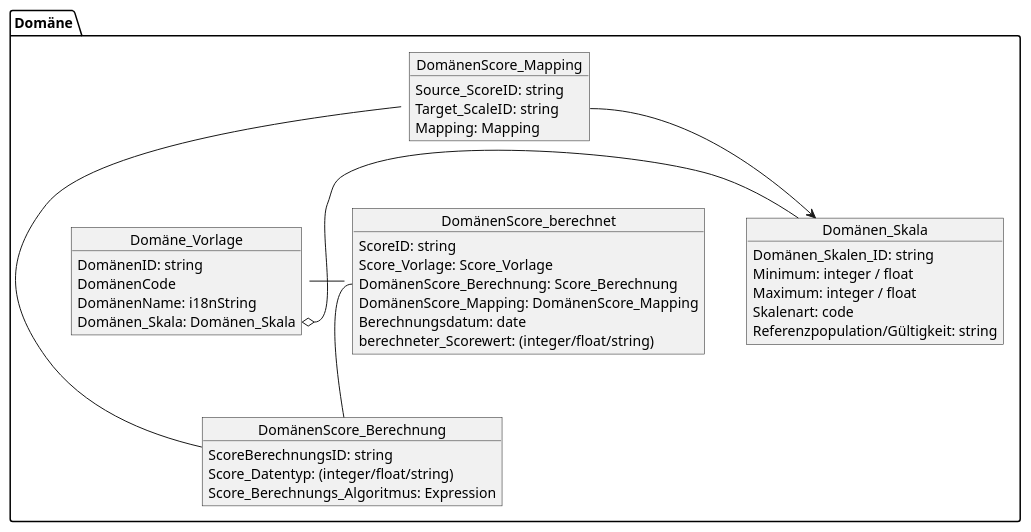
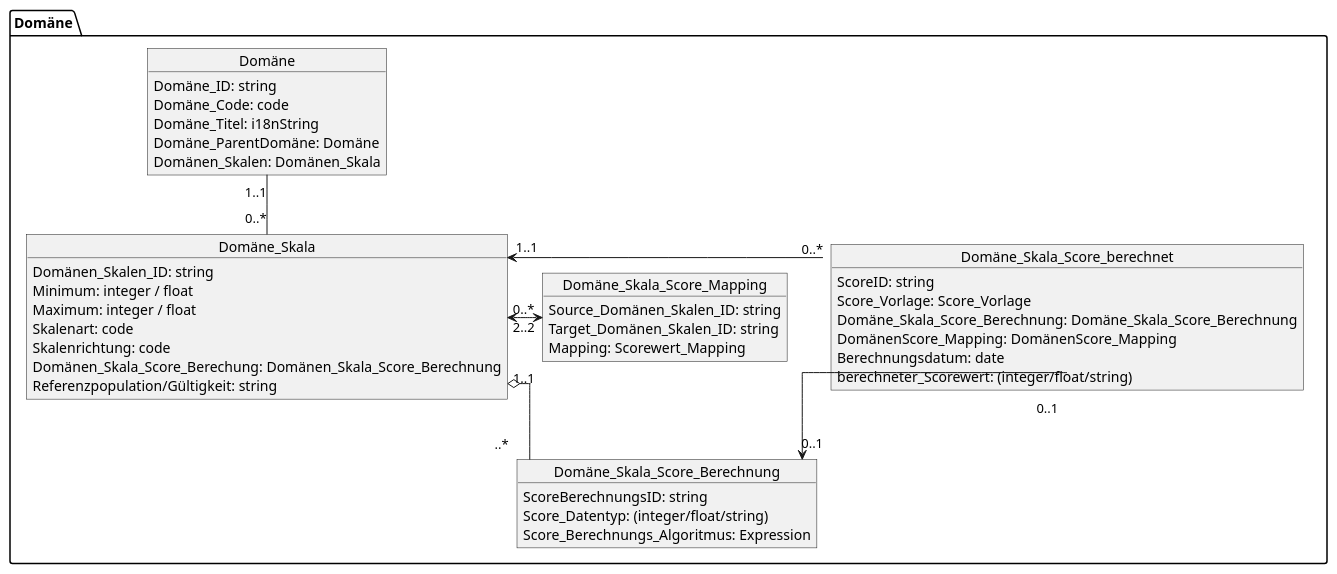
The diagram in input/Images/Logical_Model_UML_Domain.pu (medizininformatik-initiative/kerndatensatzmodul-proms), drawn with PlantUML before and after one commit. The commit also changed 2 other files, not shown here.

```diff
--- a/input/Images/Logical_Model_UML_Domain.pu
+++ b/input/Images/Logical_Model_UML_Domain.pu
@@ -1,46 +1,49 @@
 @startuml MII_PROMs_Domäne
-
+skinparam linetype ortho
+'skinparam linetype polyline
 package Domäne {
-    object Domäne_Vorlage {
-        DomänenID: string
-        DomänenCode
-        DomänenName: i18nString
-        Domänen_Skala: Domänen_Skala
+    object Domäne {
+        Domäne_ID: string
+        Domäne_Code: code
+        Domäne_Titel: i18nString
+        Domäne_ParentDomäne: Domäne
+        Domänen_Skalen: Domänen_Skala
     }
-    object Domänen_Skala {
+    object Domäne_Skala {
         Domänen_Skalen_ID: string
         Minimum: integer / float
         Maximum: integer / float
         Skalenart: code
+        Skalenrichtung: code
+        Domänen_Skala_Score_Berechung: Domänen_Skala_Score_Berechnung
         Referenzpopulation/Gültigkeit: string
     }
-    object DomänenScore_berechnet {
+
+    object Domäne_Skala_Score_berechnet {
         ScoreID: string
         Score_Vorlage: Score_Vorlage
-        DomänenScore_Berechnung: Score_Berechnung
+        Domäne_Skala_Score_Berechnung: Domäne_Skala_Score_Berechnung
         DomänenScore_Mapping: DomänenScore_Mapping
         Berechnungsdatum: date
         berechneter_Scorewert: (integer/float/string)
     } 
-    object DomänenScore_Berechnung {
+    object Domäne_Skala_Score_Berechnung {
         ScoreBerechnungsID: string
         Score_Datentyp: (integer/float/string)
         Score_Berechnungs_Algoritmus: Expression
     }
 
-    object DomänenScore_Mapping {
-        Source_ScoreID: string
-        Target_ScaleID: string
-        Mapping: Mapping 
+    object Domäne_Skala_Score_Mapping {
+        Source_Domänen_Skalen_ID: string
+        Target_Domänen_Skalen_ID: string
+        Mapping: Scorewert_Mapping 
     }
-
-    Domäne_Vorlage::Domänen_Skala o-right- Domänen_Skala
-    DomänenScore_Mapping::Target_ScaleID --> Domänen_Skala
-
+Domäne "1..1" -down- "0..*" Domäne_Skala
+Domäne_Skala "1..1" <-right- "0..*" Domäne_Skala_Score_berechnet
+Domäne_Skala "0..*" <-right-> "2..2" Domäne_Skala_Score_Mapping
+Domäne_Skala "1..1" o-right- "..*" Domäne_Skala_Score_Berechnung
+Domäne_Skala_Score_berechnet::Domäne_Skala_Score_Berechnung "0..1" --> "0..1"  Domäne_Skala_Score_Berechnung
 }
 
-Domäne_Vorlage -right-- DomänenScore_berechnet
-DomänenScore_Berechnung -up- DomänenScore_berechnet::DomänenScore_Berechnung
-DomänenScore_Berechnung -left- DomänenScore_Mapping 
 
 @enduml
```
